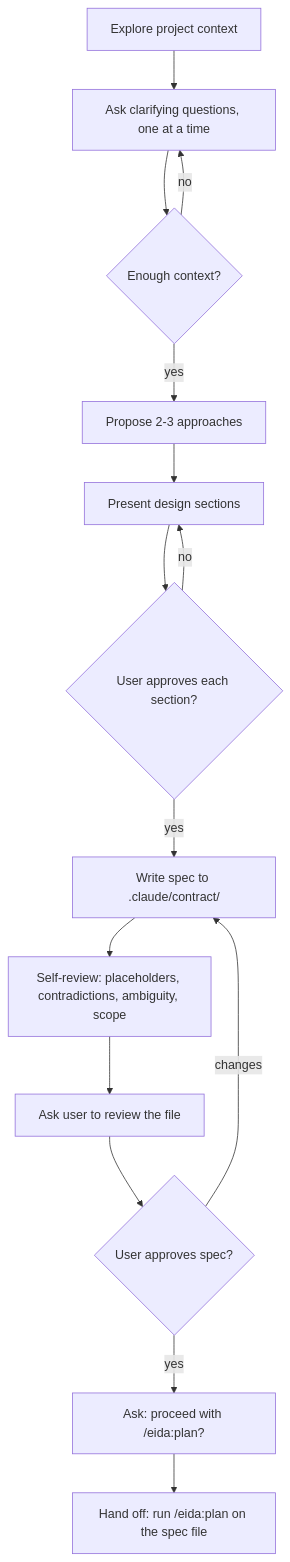
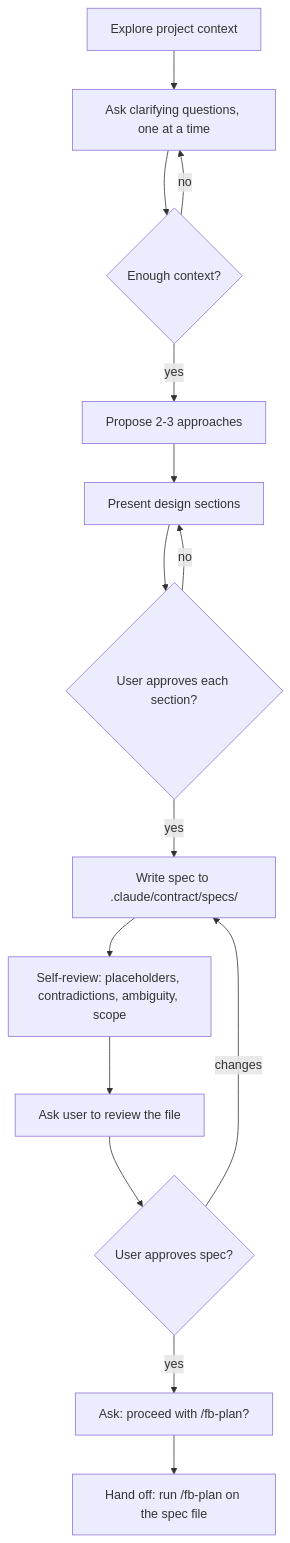
One commit to amazerbeam/The-Pre-Aisle-Plan changed the diagram in .claude/skills/brainstorming/SKILL.md. Above: the diagram before and after it, drawn with Mermaid. The commit also changed other lines of this file and 70 other files, not shown here.

````diff
--- a/.claude/skills/brainstorming/SKILL.md
+++ b/.claude/skills/brainstorming/SKILL.md
@@ -50,17 +50,17 @@
 ```mermaid
 flowchart TD
     A[Explore project context] --> B[Ask clarifying questions, one at a time]
     B --> C{Enough context?}
     C -- no --> B
     C -- yes --> D[Propose 2-3 approaches]
     D --> E[Present design sections]
     E --> F{User approves each section?}
     F -- no --> E
-    F -- yes --> G[Write spec to .claude/contract/]
+    F -- yes --> G[Write spec to .claude/contract/specs/]
     G --> H[Self-review: placeholders, contradictions, ambiguity, scope]
     H --> I[Ask user to review the file]
     I --> J{User approves spec?}
     J -- changes --> G
-    J -- yes --> K[Ask: proceed with /eida:plan?]
-    K --> L[Hand off: run /eida:plan on the spec file]
+    J -- yes --> K[Ask: proceed with /fb-plan?]
+    K --> L[Hand off: run /fb-plan on the spec file]
 ```
````
